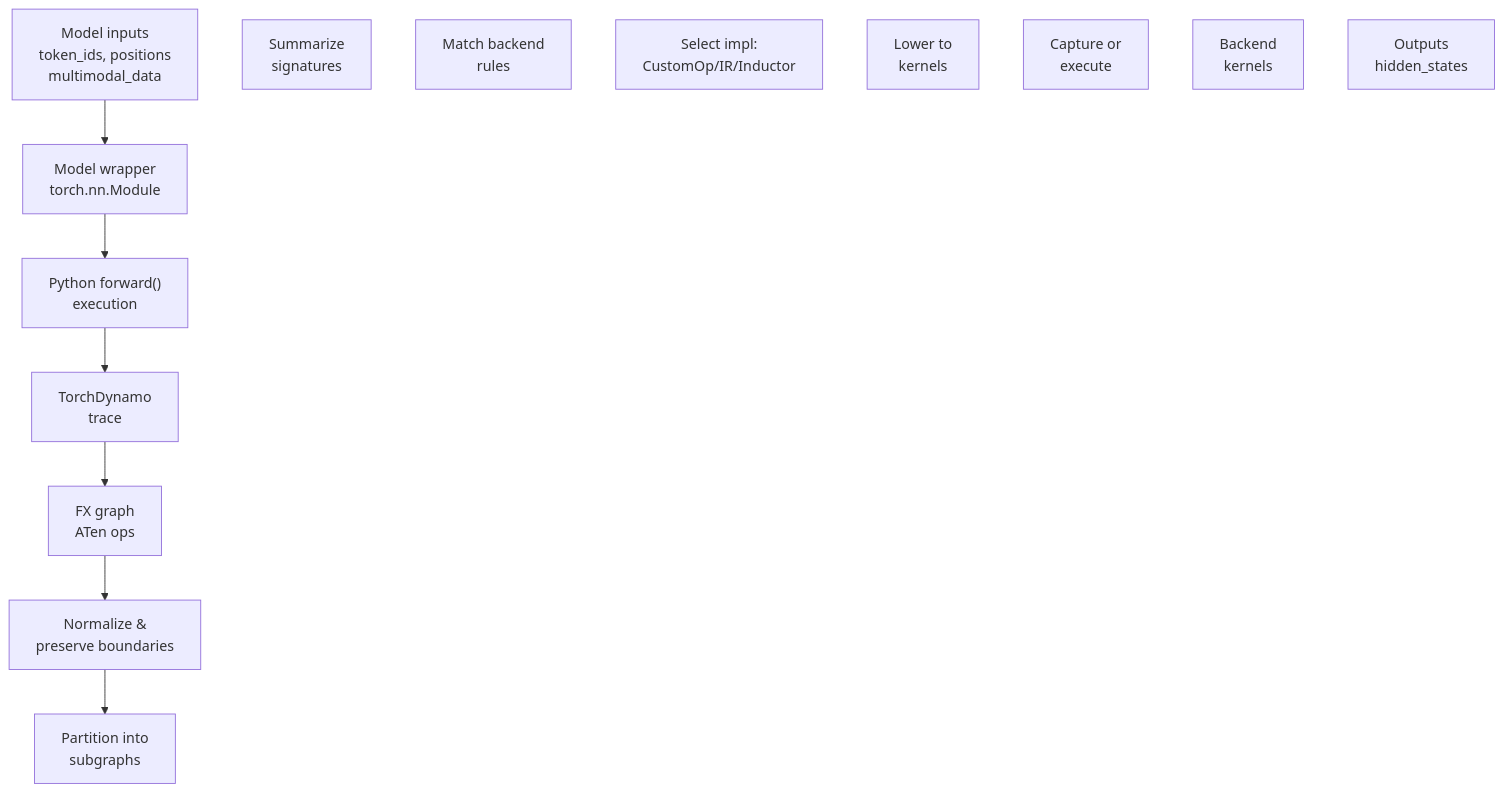
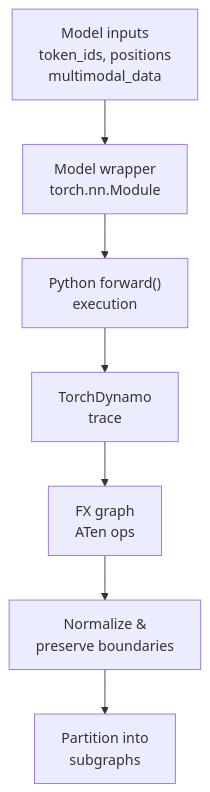
One commit to yankli/c-ebook changed the third of 4 diagrams in 09_other/readme.md. Above: the diagram before and after it, drawn with Mermaid.

````diff
--- a/09_other/readme.md
+++ b/09_other/readme.md
@@ -91,27 +91,21 @@
 ```mermaid
 flowchart TD
     A["Model inputs<br/>token_ids, positions<br/>multimodal_data"] 
     B["Model wrapper<br/>torch.nn.Module"]
     C["Python forward()<br/>execution"]
     D["TorchDynamo<br/>trace"]
     E["FX graph<br/>ATen ops"]
     F["Normalize &<br/>preserve boundaries"]
     G["Partition into<br/>subgraphs"]
-    H["Summarize<br/>signatures"]
-    I["Match backend<br/>rules"]
-    J["Select impl:<br/>CustomOp/IR/Inductor"]
-    K["Lower to<br/>kernels"]
-    L["Capture or<br/>execute"]
-    M["Backend<br/>kernels"]
-    N["Outputs<br/>hidden_states"]
+
 
     A --> B
     B --> C
     C --> D
     D --> E
     E --> F
     F --> G
   
 
 
 ```
````
